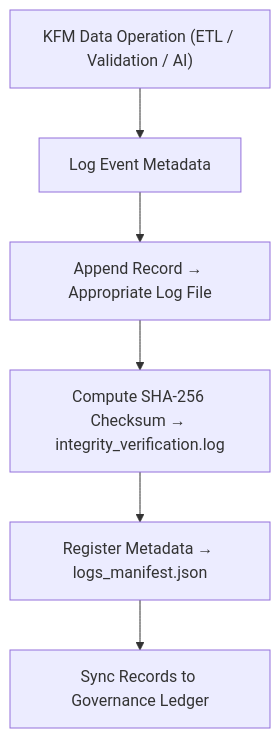
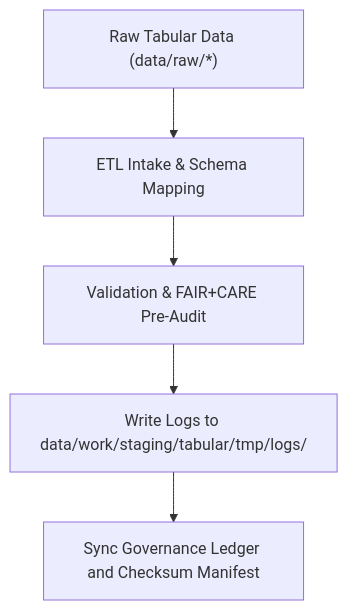
One commit to bartytime4life/Kansas-Frontier-Matrix changed the diagram in data/work/staging/tabular/tmp/logs/README.md. Above: the diagram before and after it, drawn with Mermaid. The commit also changed other lines of this file, not shown here.

First line of the commit message:
Revise README for Kansas Frontier Matrix TMP Logs

````diff
--- a/data/work/staging/tabular/tmp/logs/README.md
+++ b/data/work/staging/tabular/tmp/logs/README.md
@@ -73,8 +62,7 @@
 ```mermaid
 flowchart TD
-    A["KFM Data Operation (ETL / Validation / AI)"] --> B["Log Event Metadata"]
-    B --> C["Append Record → Appropriate Log File"]
-    C --> D["Compute SHA-256 Checksum → integrity_verification.log"]
-    D --> E["Register Metadata → logs_manifest.json"]
-    E --> F["Sync Records to Governance Ledger"]
+    A["Raw Tabular Data (data/raw/*)"] --> B["ETL Intake & Schema Mapping"]
+    B --> C["Validation & FAIR+CARE Pre-Audit"]
+    C --> D["Write Logs to data/work/staging/tabular/tmp/logs/"]
+    D --> E["Sync Governance Ledger and Checksum Manifest"]
 ```
````
